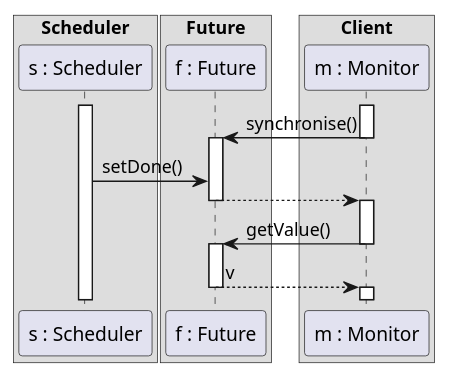
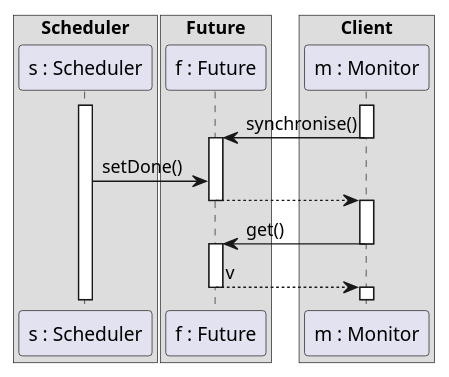
Before and after one commit to malahx/ISTIC: the diagram in AOC/TP1/getValueAsync3.puml, drawn with PlantUML. The commit also changed 2 other files, not shown here.

```diff
--- a/AOC/TP1/getValueAsync3.puml
+++ b/AOC/TP1/getValueAsync3.puml
@@ -1,27 +1,27 @@
 @startuml
 box "Scheduler"
     participant "s : Scheduler" as s
 end box
 box "Future"
     participant "f : Future" as f
 end box
 box "Client"
     participant "m : Monitor" as m
 end box
 
 activate s
 activate m
 m -> f: synchronise()
 deactivate m
 activate f
 s -> f: setDone()
 f --> m
 deactivate f
 activate m
-m -> f: getValue()
+m -> f: get()
 deactivate m
 activate f
 f --> m: v
 deactivate f
 activate m
 @enduml
```
